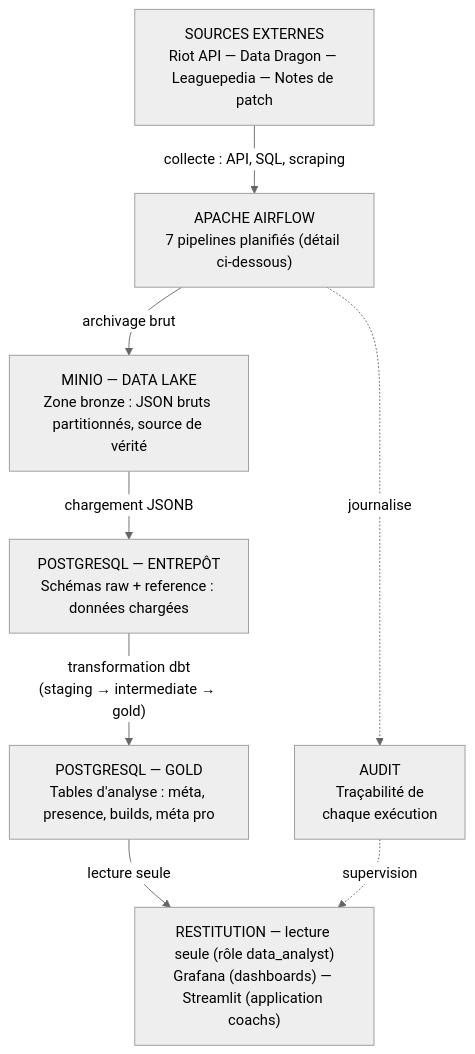
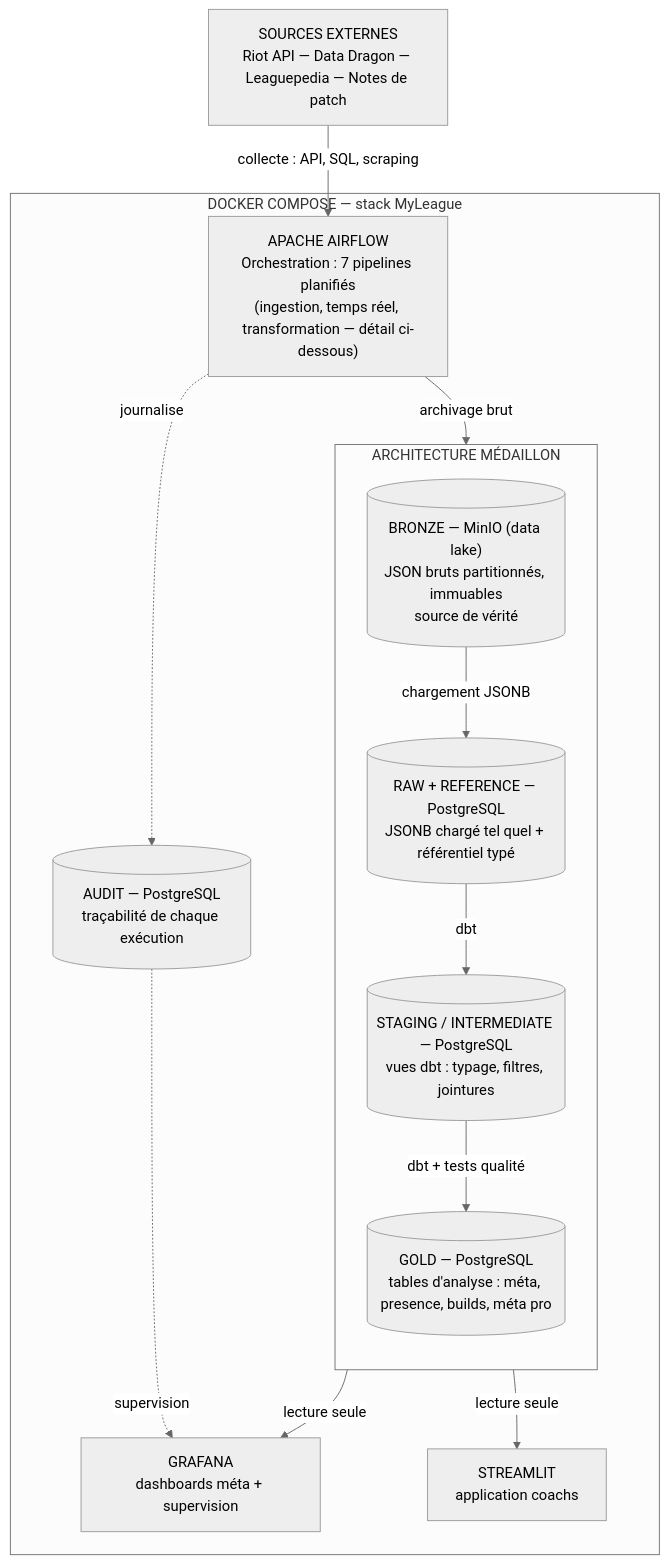
One commit to Randil12/MyLeague changed the first of 3 diagrams in README.md. Above: the diagram before and after it, drawn with Mermaid (neutral theme). The commit also changed other lines of this file, not shown here.

````diff
--- a/README.md
+++ b/README.md
@@ -11,18 +11,31 @@
 ```mermaid
 flowchart TB
     SRC["SOURCES EXTERNES<br/>Riot API — Data Dragon — Leaguepedia — Notes de patch"]
-    AF["APACHE AIRFLOW<br/>7 pipelines planifiés (détail ci-dessous)"]
-    MINIO["MINIO — DATA LAKE<br/>Zone bronze : JSON bruts partitionnés, source de vérité"]
-    WH["POSTGRESQL — ENTREPÔT<br/>Schémas raw + reference : données chargées"]
-    GOLD["POSTGRESQL — GOLD<br/>Tables d'analyse : méta, presence, builds, méta pro"]
-    VIZ["RESTITUTION — lecture seule (rôle data_analyst)<br/>Grafana (dashboards) — Streamlit (application coachs)"]
-    AUD["AUDIT<br/>Traçabilité de<br/>chaque exécution"]
+
+    subgraph DOCKER["DOCKER COMPOSE — stack MyLeague"]
+        AF["APACHE AIRFLOW<br/>Orchestration : 7 pipelines planifiés<br/>(ingestion, temps réel, transformation — détail ci-dessous)"]
+
+        subgraph MED["ARCHITECTURE MÉDAILLON"]
+            direction TB
+            BRONZE[("BRONZE — MinIO (data lake)<br/>JSON bruts partitionnés, immuables<br/>source de vérité")]
+            RAWREF[("RAW + REFERENCE — PostgreSQL<br/>JSONB chargé tel quel + référentiel typé")]
+            STG[("STAGING / INTERMEDIATE — PostgreSQL<br/>vues dbt : typage, filtres, jointures")]
+            GOLD[("GOLD — PostgreSQL<br/>tables d'analyse : méta, presence, builds, méta pro")]
+
+            BRONZE -->|"chargement JSONB"| RAWREF
+            RAWREF -->|"dbt"| STG
+            STG -->|"dbt + tests qualité"| GOLD
+        end
+
+        AUD[("AUDIT — PostgreSQL<br/>traçabilité de chaque exécution")]
+        GRAF["GRAFANA<br/>dashboards méta + supervision"]
+        ST["STREAMLIT<br/>application coachs"]
+    end
 
     SRC -->|"collecte : API, SQL, scraping"| AF
-    AF -->|"archivage brut"| MINIO
-    MINIO -->|"chargement JSONB"| WH
-    WH -->|"transformation dbt<br/>(staging → intermediate → gold)"| GOLD
-    GOLD -->|"lecture seule"| VIZ
+    AF -->|"archivage brut"| BRONZE
     AF -.->|"journalise"| AUD
-    AUD -.->|"supervision"| VIZ
+    GOLD -->|"lecture seule"| GRAF
+    GOLD -->|"lecture seule"| ST
+    AUD -.->|"supervision"| GRAF
 ```
````
